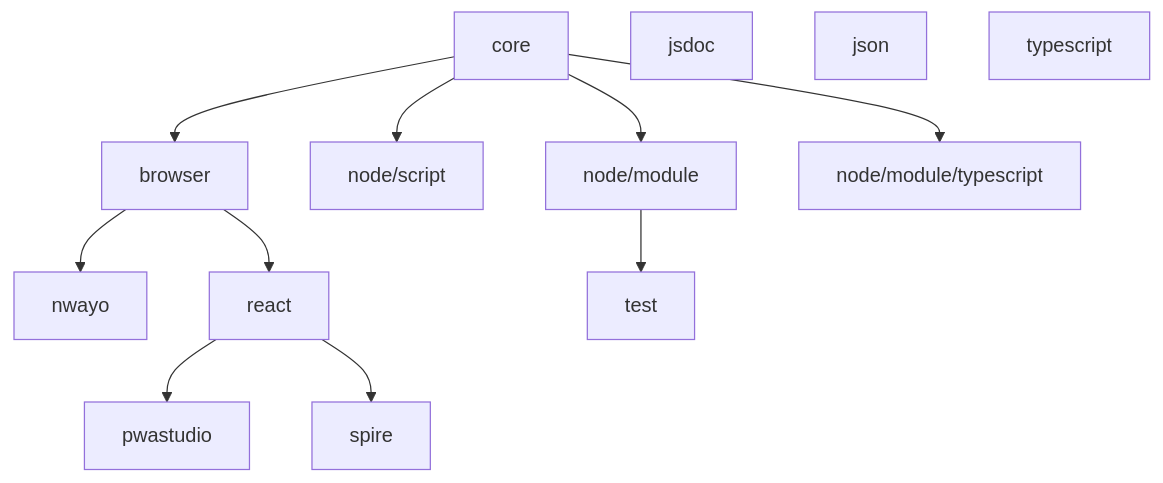
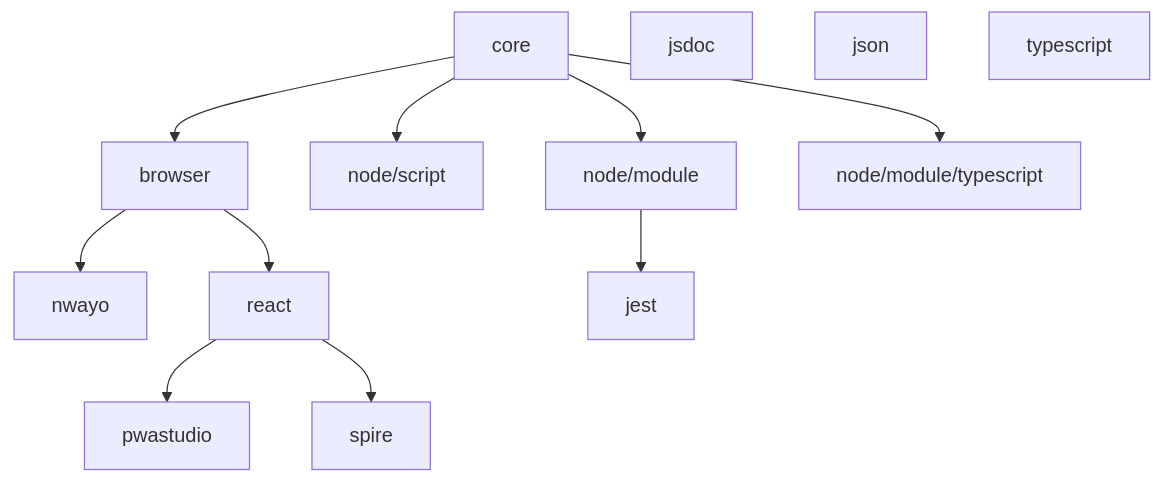
One commit to valtech-commerce/eslint-config changed the diagram in README.md. Above: the diagram before and after it, drawn with Mermaid. The commit also changed other lines of this file and 300 other files, not shown here.

````diff
--- a/README.md
+++ b/README.md
@@ -26,10 +31,10 @@
 ```mermaid
   graph TD;
     core --> browser & node/script & node/module & node/module/typescript
       browser --> nwayo & react
         react --> pwastudio & spire
-      node/module --> test
+      node/module --> jest
     jsdoc
     json
     typescript
 ```
````
